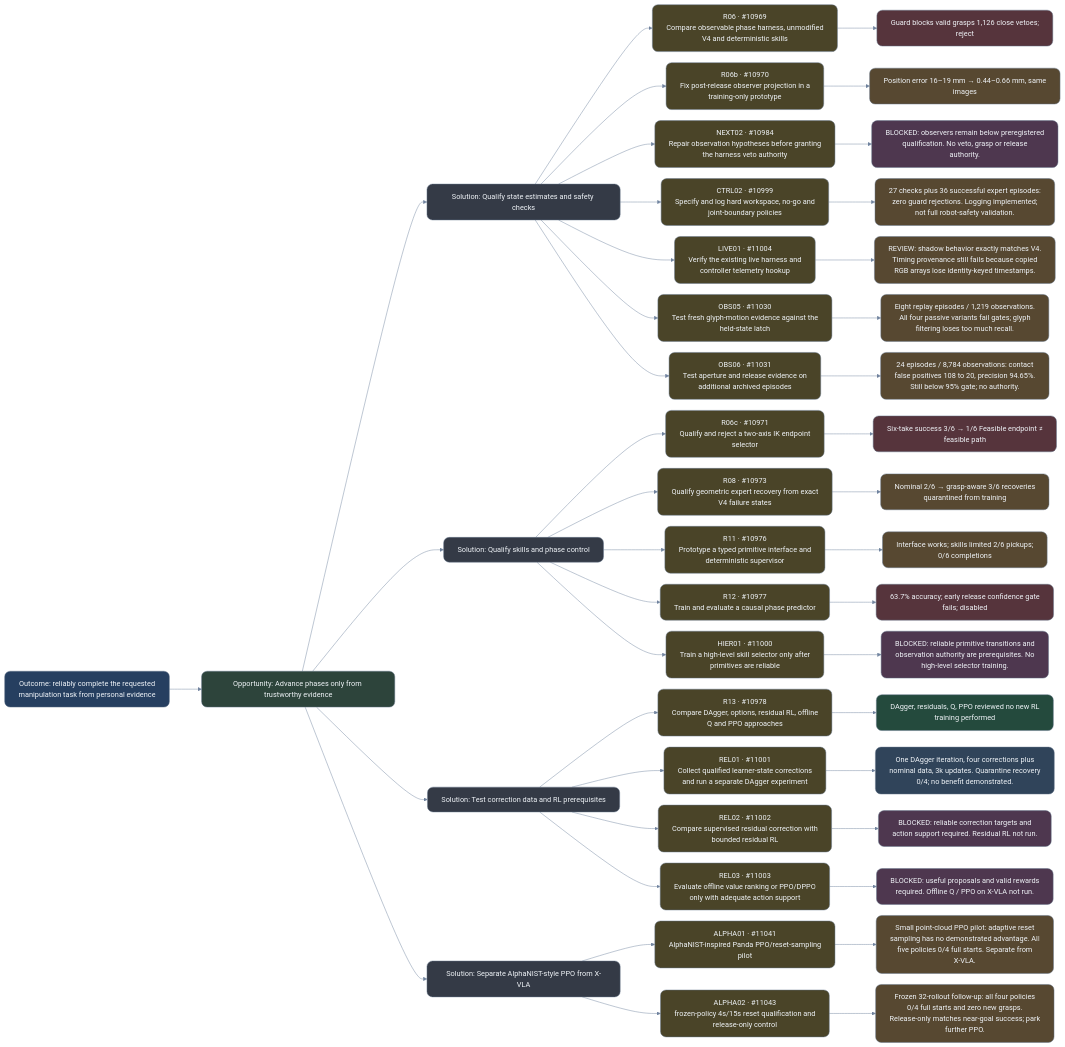
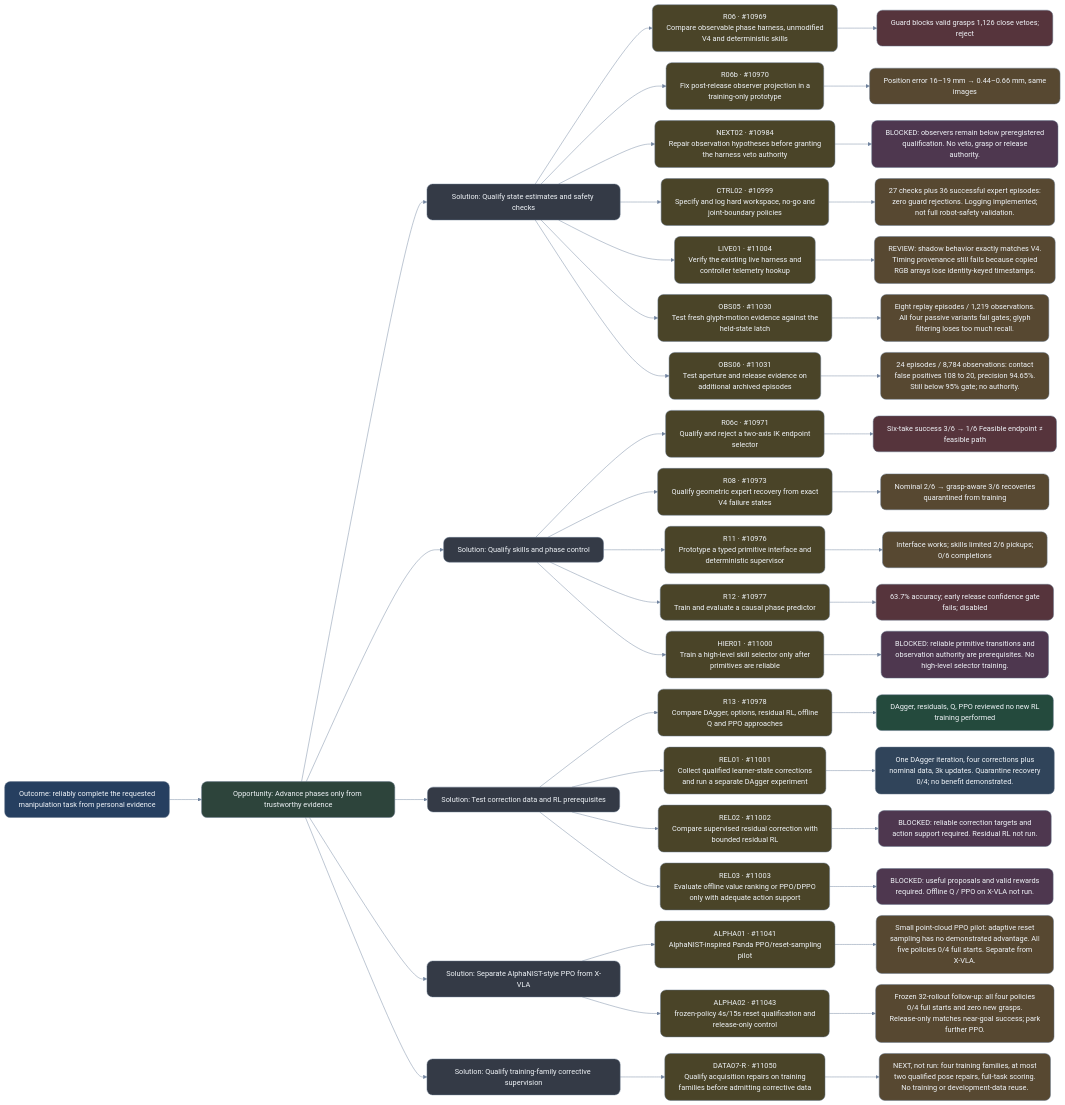
One commit to NatMota/typhon-robotics changed the diagram in experiment-history/2026-10-14-ost/recovery.mmd. Above: the diagram before and after it, drawn with Mermaid. The commit also changed 32 other files, not shown here.

Commit message:
docs: seal acquisition findings and queue training-family qualification in OST

```diff
--- a/experiment-history/2026-10-14-ost/recovery.mmd
+++ b/experiment-history/2026-10-14-ost/recovery.mmd
@@ -1,113 +1,120 @@
 %%{init: {"theme": "base", "securityLevel": "loose", "fontFamily": "Arial, sans-serif", "fontSize": 18, "markdownAutoWrap": false, "flowchart": {"htmlLabels": false, "curve": "basis", "nodeSpacing": 24, "rankSpacing": 70, "wrappingWidth": 360}, "themeVariables": {"primaryTextColor": "#edf2f7", "lineColor": "#71849f", "background": "#0b1220"}}}%%
 flowchart LR
 OUT["Outcome: reliably complete the requested<br/>manipulation task from personal evidence"]:::outcome
 O_recovery["Opportunity: Advance phases only from trustworthy evidence"]:::opportunity
 OUT --> O_recovery
 O_recovery_S0["Solution: Qualify state estimates and safety checks"]:::solution
 O_recovery --> O_recovery_S0
 T10969["R06 · #10969<br/>Compare observable phase harness, unmodified<br/>V4 and deterministic skills"]:::experiment
 O_recovery_S0 --> T10969
 R10969["Guard blocks valid grasps 1,126 close vetoes;<br/>reject"]:::negative
 T10969 --> R10969
 click T10969 "http://127.0.0.1:4001/?project=typhon-research#ticket=10969" "Open research ticket" _blank
 T10970["R06b · #10970<br/>Fix post-release observer projection in a<br/>training-only prototype"]:::experiment
 O_recovery_S0 --> T10970
 R10970["Position error 16–19 mm → 0.44–0.66 mm, same<br/>images"]:::mixed
 T10970 --> R10970
 click T10970 "http://127.0.0.1:4001/?project=typhon-research#ticket=10970" "Open research ticket" _blank
 T10984["NEXT02 · #10984<br/>Repair observation hypotheses before granting<br/>the harness veto authority"]:::experiment
 O_recovery_S0 --> T10984
 R10984["BLOCKED: observers remain below preregistered<br/>qualification. No veto, grasp or release<br/>authority."]:::blocked
 T10984 --> R10984
 click T10984 "http://127.0.0.1:4001/?project=typhon-research#ticket=10984" "Open research ticket" _blank
 T10999["CTRL02 · #10999<br/>Specify and log hard workspace, no-go and<br/>joint-boundary policies"]:::experiment
 O_recovery_S0 --> T10999
 R10999["27 checks plus 36 successful expert episodes:<br/>zero guard rejections. Logging implemented;<br/>not full robot-safety validation."]:::mixed
 T10999 --> R10999
 click T10999 "http://127.0.0.1:4001/?project=typhon-research#ticket=10999" "Open research ticket" _blank
 T11004["LIVE01 · #11004<br/>Verify the existing live harness and<br/>controller telemetry hookup"]:::experiment
 O_recovery_S0 --> T11004
 R11004["REVIEW: shadow behavior exactly matches V4.<br/>Timing provenance still fails because copied<br/>RGB arrays lose identity-keyed timestamps."]:::mixed
 T11004 --> R11004
 click T11004 "http://127.0.0.1:4001/?project=typhon-research#ticket=11004" "Open research ticket" _blank
 T11030["OBS05 · #11030<br/>Test fresh glyph-motion evidence against the<br/>held-state latch"]:::experiment
 O_recovery_S0 --> T11030
 R11030["Eight replay episodes / 1,219 observations.<br/>All four passive variants fail gates; glyph<br/>filtering loses too much recall."]:::mixed
 T11030 --> R11030
 click T11030 "http://127.0.0.1:4001/?project=typhon-research#ticket=11030" "Open research ticket" _blank
 T11031["OBS06 · #11031<br/>Test aperture and release evidence on<br/>additional archived episodes"]:::experiment
 O_recovery_S0 --> T11031
 R11031["24 episodes / 8,784 observations: contact<br/>false positives 108 to 20, precision 94.65%.<br/>Still below 95% gate; no authority."]:::mixed
 T11031 --> R11031
 click T11031 "http://127.0.0.1:4001/?project=typhon-research#ticket=11031" "Open research ticket" _blank
 O_recovery_S1["Solution: Qualify skills and phase control"]:::solution
 O_recovery --> O_recovery_S1
 T10971["R06c · #10971<br/>Qualify and reject a two-axis IK endpoint<br/>selector"]:::experiment
 O_recovery_S1 --> T10971
 R10971["Six-take success 3/6 → 1/6 Feasible endpoint ≠<br/>feasible path"]:::negative
 T10971 --> R10971
 click T10971 "http://127.0.0.1:4001/?project=typhon-research#ticket=10971" "Open research ticket" _blank
 T10973["R08 · #10973<br/>Qualify geometric expert recovery from exact<br/>V4 failure states"]:::experiment
 O_recovery_S1 --> T10973
 R10973["Nominal 2/6 → grasp-aware 3/6 recoveries<br/>quarantined from training"]:::mixed
 T10973 --> R10973
 click T10973 "http://127.0.0.1:4001/?project=typhon-research#ticket=10973" "Open research ticket" _blank
 T10976["R11 · #10976<br/>Prototype a typed primitive interface and<br/>deterministic supervisor"]:::experiment
 O_recovery_S1 --> T10976
 R10976["Interface works; skills limited 2/6 pickups;<br/>0/6 completions"]:::mixed
 T10976 --> R10976
 click T10976 "http://127.0.0.1:4001/?project=typhon-research#ticket=10976" "Open research ticket" _blank
 T10977["R12 · #10977<br/>Train and evaluate a causal phase predictor"]:::experiment
 O_recovery_S1 --> T10977
 R10977["63.7% accuracy; early release confidence gate<br/>fails; disabled"]:::negative
 T10977 --> R10977
 click T10977 "http://127.0.0.1:4001/?project=typhon-research#ticket=10977" "Open research ticket" _blank
 T11000["HIER01 · #11000<br/>Train a high-level skill selector only after<br/>primitives are reliable"]:::experiment
 O_recovery_S1 --> T11000
 R11000["BLOCKED: reliable primitive transitions and<br/>observation authority are prerequisites. No<br/>high-level selector training."]:::blocked
 T11000 --> R11000
 click T11000 "http://127.0.0.1:4001/?project=typhon-research#ticket=11000" "Open research ticket" _blank
 O_recovery_S2["Solution: Test correction data and RL prerequisites"]:::solution
 O_recovery --> O_recovery_S2
 T10978["R13 · #10978<br/>Compare DAgger, options, residual RL, offline<br/>Q and PPO approaches"]:::experiment
 O_recovery_S2 --> T10978
 R10978["DAgger, residuals, Q, PPO reviewed no new RL<br/>training performed"]:::evidence
 T10978 --> R10978
 click T10978 "http://127.0.0.1:4001/?project=typhon-research#ticket=10978" "Open research ticket" _blank
 T11001["REL01 · #11001<br/>Collect qualified learner-state corrections<br/>and run a separate DAgger experiment"]:::experiment
 O_recovery_S2 --> T11001
 R11001["One DAgger iteration, four corrections plus<br/>nominal data, 3k updates. Quarantine recovery<br/>0/4; no benefit demonstrated."]:::pending
 T11001 --> R11001
 click T11001 "http://127.0.0.1:4001/?project=typhon-research#ticket=11001" "Open research ticket" _blank
 T11002["REL02 · #11002<br/>Compare supervised residual correction with<br/>bounded residual RL"]:::experiment
 O_recovery_S2 --> T11002
 R11002["BLOCKED: reliable correction targets and<br/>action support required. Residual RL not run."]:::blocked
 T11002 --> R11002
 click T11002 "http://127.0.0.1:4001/?project=typhon-research#ticket=11002" "Open research ticket" _blank
 T11003["REL03 · #11003<br/>Evaluate offline value ranking or PPO/DPPO<br/>only with adequate action support"]:::experiment
 O_recovery_S2 --> T11003
 R11003["BLOCKED: useful proposals and valid rewards<br/>required. Offline Q / PPO on X-VLA not run."]:::blocked
 T11003 --> R11003
 click T11003 "http://127.0.0.1:4001/?project=typhon-research#ticket=11003" "Open research ticket" _blank
 O_recovery_S3["Solution: Separate AlphaNIST-style PPO from X-VLA"]:::solution
 O_recovery --> O_recovery_S3
 T11041["ALPHA01 · #11041<br/>AlphaNIST-inspired Panda PPO/reset-sampling<br/>pilot"]:::experiment
 O_recovery_S3 --> T11041
 R11041["Small point-cloud PPO pilot: adaptive reset<br/>sampling has no demonstrated advantage. All<br/>five policies 0/4 full starts. Separate from<br/>X-VLA."]:::mixed
 T11041 --> R11041
 click T11041 "http://127.0.0.1:4001/?project=typhon-research#ticket=11041" "Open research ticket" _blank
 T11043["ALPHA02 · #11043<br/>frozen-policy 4s/15s reset qualification and<br/>release-only control"]:::experiment
 O_recovery_S3 --> T11043
 R11043["Frozen 32-rollout follow-up: all four policies<br/>0/4 full starts and zero new grasps.<br/>Release-only matches near-goal success; park<br/>further PPO."]:::mixed
 T11043 --> R11043
 click T11043 "http://127.0.0.1:4001/?project=typhon-research#ticket=11043" "Open research ticket" _blank
+O_recovery_S4["Solution: Qualify training-family corrective supervision"]:::solution
+O_recovery --> O_recovery_S4
+T11050["DATA07-R · #11050<br/>Qualify acquisition repairs on training<br/>families before admitting corrective data"]:::experiment
+O_recovery_S4 --> T11050
+R11050["NEXT, not run: four training families, at most<br/>two qualified pose repairs, full-task scoring.<br/>No training or development-data reuse."]:::mixed
+T11050 --> R11050
+click T11050 "http://127.0.0.1:4001/?project=typhon-research#ticket=11050" "Open research ticket" _blank
 classDef outcome fill:#263f60,stroke:#64748b,color:#f1f5f9,rx:12,ry:12;
 classDef opportunity fill:#2d443b,stroke:#64748b,color:#f1f5f9,rx:12,ry:12;
 classDef solution fill:#343a46,stroke:#64748b,color:#f1f5f9,rx:12,ry:12;
 classDef experiment fill:#4a4428,stroke:#64748b,color:#f1f5f9,rx:12,ry:12;
 classDef evidence fill:#244a3d,stroke:#64748b,color:#f1f5f9,rx:12,ry:12;
 classDef mixed fill:#574831,stroke:#64748b,color:#f1f5f9,rx:12,ry:12;
 classDef negative fill:#56343c,stroke:#64748b,color:#f1f5f9,rx:12,ry:12;
 classDef pending fill:#30445a,stroke:#64748b,color:#f1f5f9,rx:12,ry:12;
 classDef blocked fill:#4e374f,stroke:#64748b,color:#f1f5f9,rx:12,ry:12;
 classDef parked fill:#373b42,stroke:#64748b,color:#f1f5f9,rx:12,ry:12;
```
